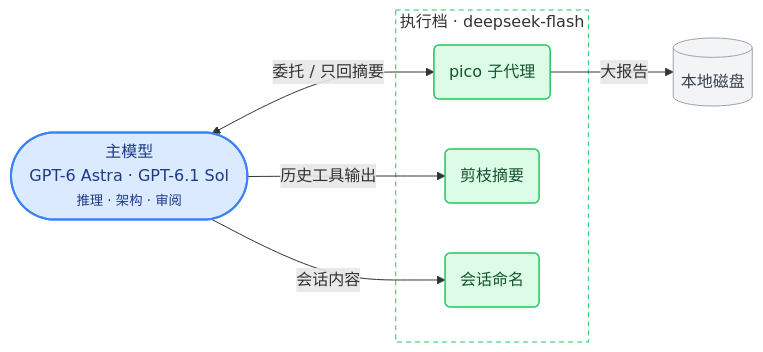
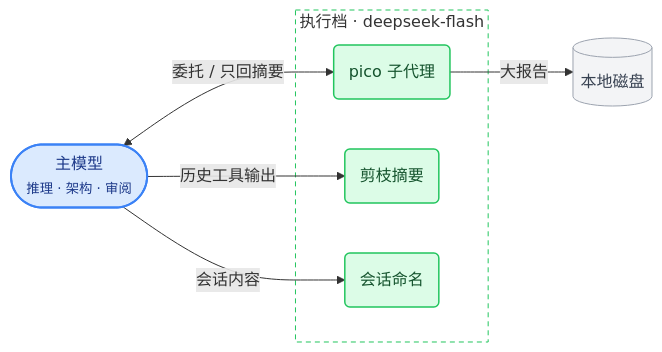
The diagram in README.md (Jerry2003sky/pi-playbook), drawn with Mermaid before and after one commit. The commit also changed other lines of this file and 10 other files, not shown here.

````diff
--- a/README.md
+++ b/README.md
@@ -9,25 +9,25 @@
 ```mermaid
 flowchart LR
-    M(["主模型<br/>GPT-6 Astra · GPT-6.1 Sol<br/><small>推理 · 架构 · 审阅</small>"])
+    M(["主模型<br/><small>推理 · 架构 · 审阅</small>"])
 
     subgraph cheap ["执行档 · deepseek-flash"]
         P("pico 子代理")
         S("剪枝摘要")
         N("会话命名")
     end
 
     D[("本地磁盘")]
 
     M <-- 委托 / 只回摘要 --> P
     P -- 大报告 --> D
     M -- 历史工具输出 --> S
     M -- 会话内容 --> N
 
     classDef main fill:#dbeafe,stroke:#3b82f6,stroke-width:2px,color:#1e3a8a
     classDef cheapN fill:#dcfce7,stroke:#22c55e,stroke-width:1.5px,color:#14532d
     classDef store fill:#f3f4f6,stroke:#9ca3af,color:#374151
     class M main
     class P,S,N cheapN
     class D store
     style cheap fill:none,stroke:#22c55e,stroke-dasharray:5 4
 ```
````
